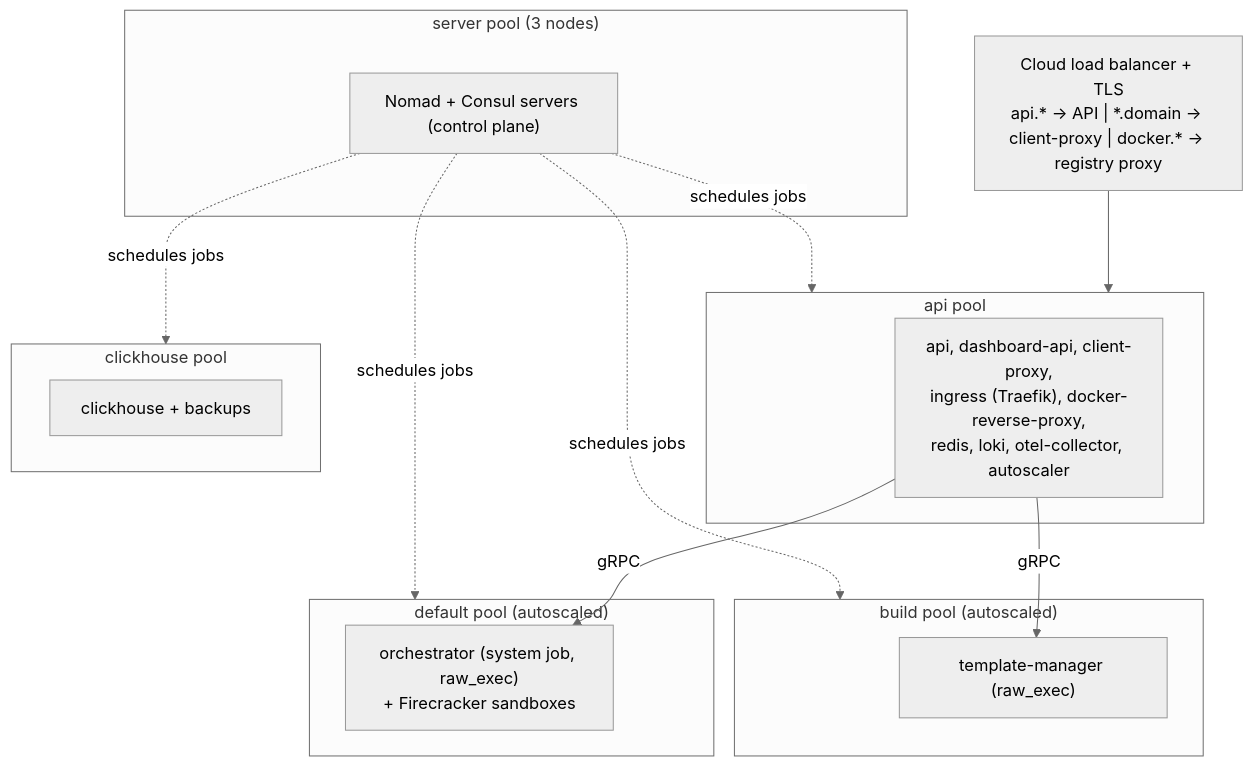
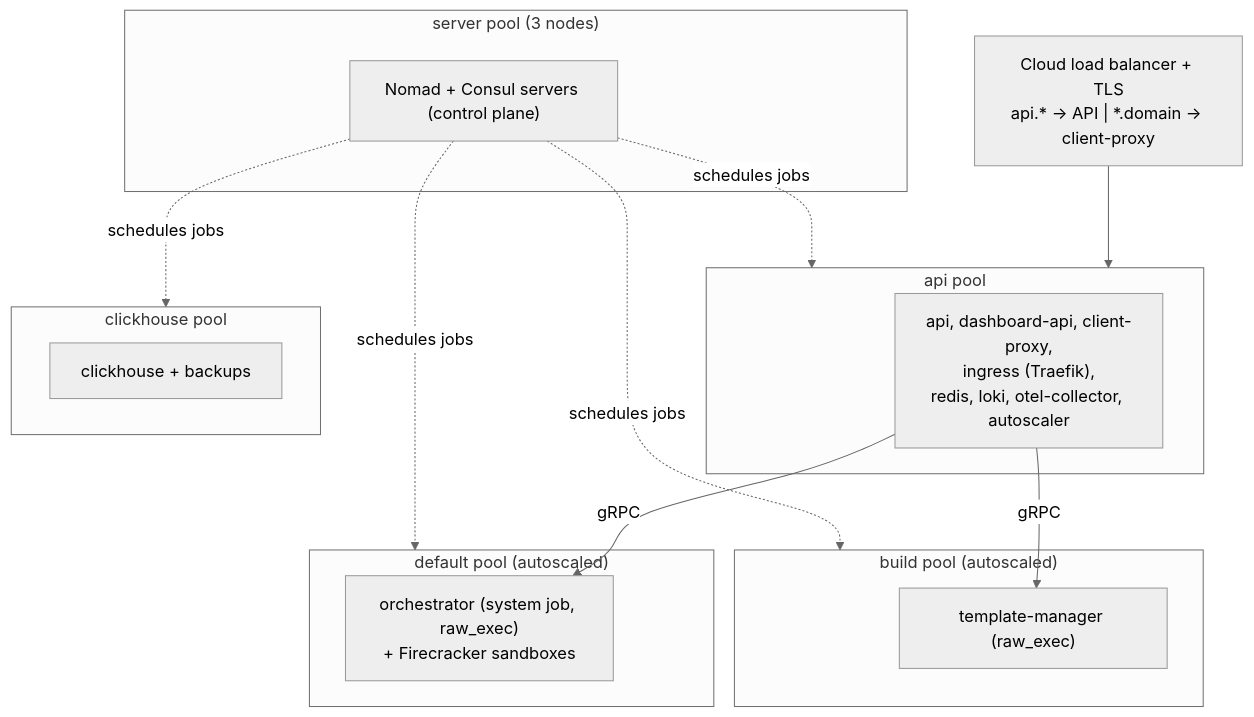
One commit to e2b-dev/infra changed the sixth of 6 diagrams in docs/ARCHITECTURE.md. Above: the diagram before and after it, drawn with Mermaid (neutral theme). The commit also changed other lines of this file and 38 other files, not shown here.

Commit message:
chore(docker-reverse-proxy): remove deprecated service

````diff
--- a/docs/ARCHITECTURE.md
+++ b/docs/ARCHITECTURE.md
@@ -415,24 +400,24 @@
 ```mermaid
 flowchart TB
-    LB["Cloud load balancer + TLS<br/>api.* → API | *.domain → client-proxy | docker.* → registry proxy"]
+    LB["Cloud load balancer + TLS<br/>api.* → API | *.domain → client-proxy"]
 
     subgraph servers["server pool (3 nodes)"]
         NS["Nomad + Consul servers (control plane)"]
     end
     subgraph apipool["api pool"]
-        AJ["api, dashboard-api, client-proxy,<br/>ingress (Traefik), docker-reverse-proxy,<br/>redis, loki, otel-collector, autoscaler"]
+        AJ["api, dashboard-api, client-proxy,<br/>ingress (Traefik),<br/>redis, loki, otel-collector, autoscaler"]
     end
     subgraph clientpool["default pool (autoscaled)"]
         OJ["orchestrator (system job, raw_exec)<br/>+ Firecracker sandboxes"]
     end
     subgraph buildpool["build pool (autoscaled)"]
         TJ["template-manager (raw_exec)"]
     end
     subgraph chpool["clickhouse pool"]
         CJ["clickhouse + backups"]
     end
 
     LB --> apipool
     AJ -->|gRPC| OJ & TJ
     NS -.->|schedules jobs| apipool & clientpool & buildpool & chpool
 ```
````
